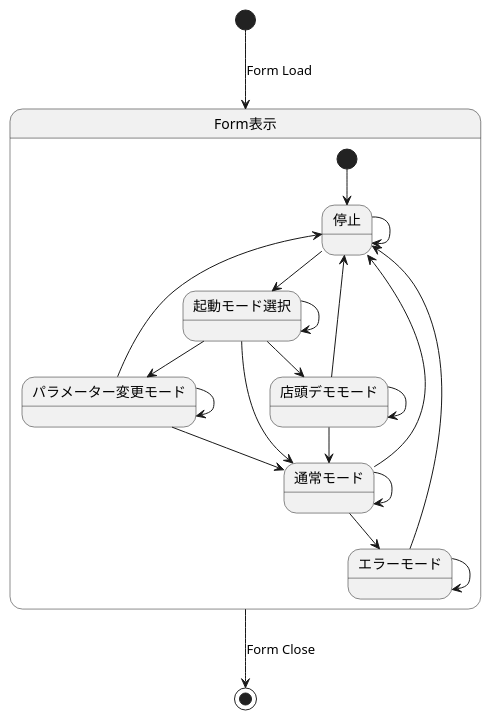
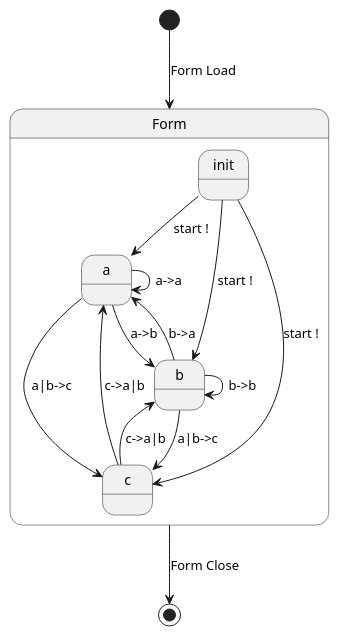
Before and after one commit to visyeii/StateVector: the diagram in SampleState.pu, drawn with PlantUML. The commit also changed 1 other file, not shown here.

Commit message:
state diagram update

```diff
--- a/SampleState.pu
+++ b/SampleState.pu
@@ -1,26 +1,19 @@
 @startuml
-[*] --> Form表示 : Form Load
+[*] --> Form : Form Load
 
-state Form表示 {
-    [*]  --> 停止
-    停止 --> 停止
-    停止 --> 起動モード選択
-    起動モード選択 --> 起動モード選択
-    起動モード選択 --> 通常モード
-    起動モード選択 --> パラメーター変更モード
-    起動モード選択 --> 店頭デモモード
-    パラメーター変更モード --> パラメーター変更モード
-    パラメーター変更モード --> 通常モード
-    パラメーター変更モード --> 停止
-    通常モード --> 通常モード
-    通常モード --> 停止
-    店頭デモモード --> 店頭デモモード
-    店頭デモモード --> 通常モード
-    店頭デモモード --> 停止
-    通常モード --> エラーモード
-    エラーモード --> 停止
-    エラーモード --> エラーモード
+state Form {
+    init --> a : start !
+    init  --> b : start !
+    init --> c : start !
+    a --> b : a->b
+    b --> a : b->a
+    a --> a : a->a 
+    b --> b : b->b
+    a --> c : a|b->c
+    b --> c : a|b->c
+    c --> a : c->a|b
+    c --> b : c->a|b
 }
 
-Form表示 --> [*] : Form Close
+Form --> [*] : Form Close
 @enduml
```
